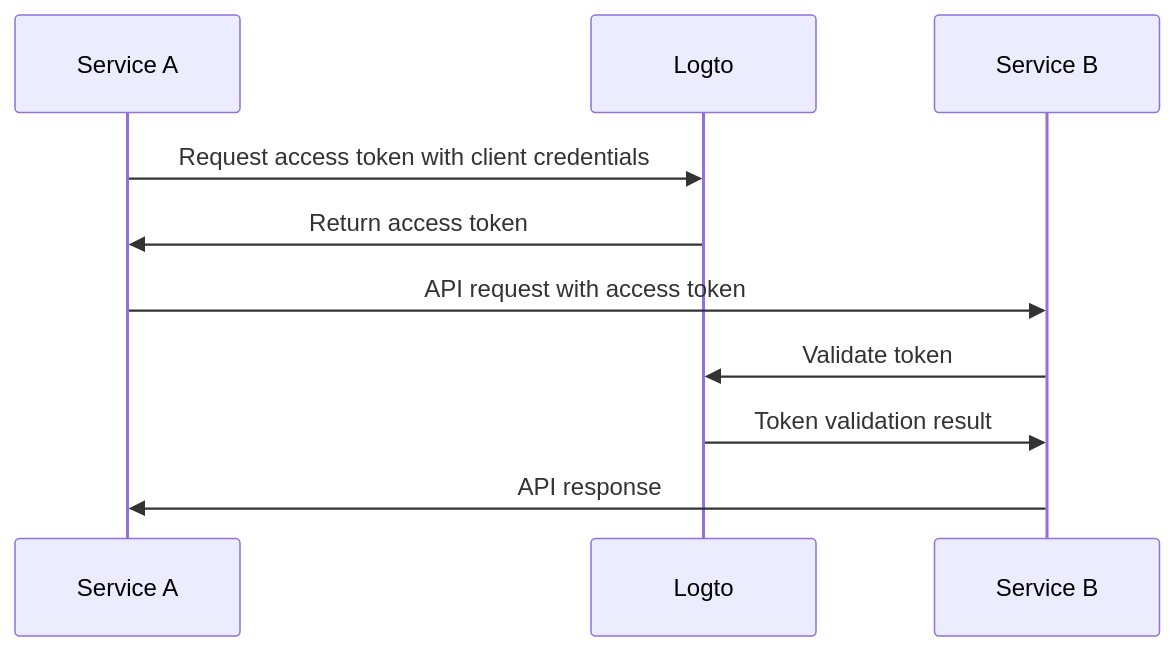
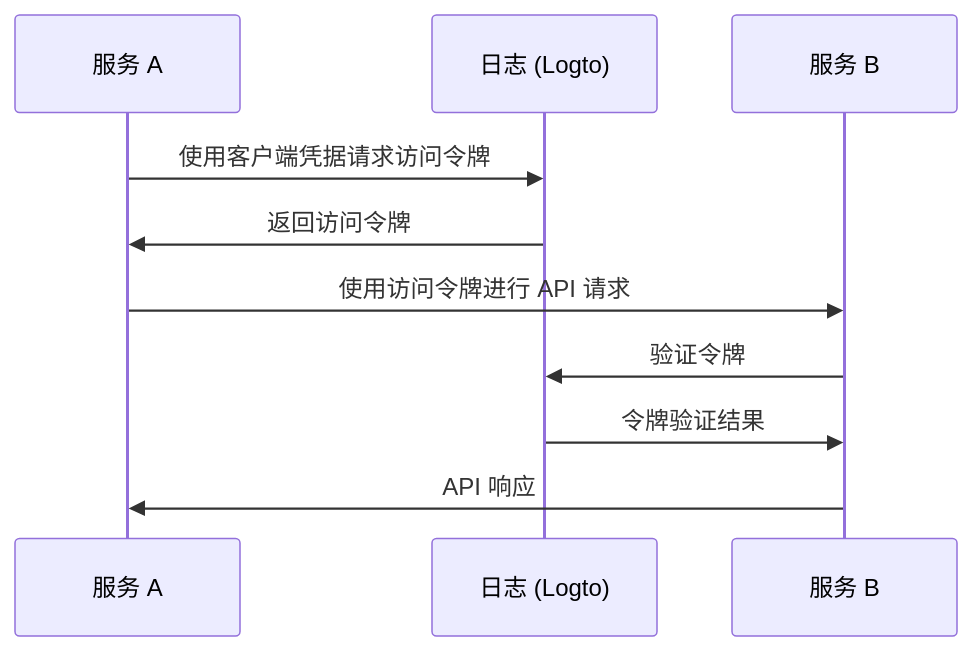
Before and after one commit to logto-io/docs: the second of 2 diagrams in i18n/zh-CN/docusaurus-plugin-content-docs/current/integrate-logto/integrate-logto-into-your-application/understand-authentication-flow.mdx, drawn with Mermaid. The commit also changed other lines of this file and 449 other files, not shown here.

````diff
--- a/i18n/zh-CN/docusaurus-plugin-content-docs/current/integrate-logto/integrate-logto-into-your-application/understand-authentication-flow.mdx
+++ b/i18n/zh-CN/docusaurus-plugin-content-docs/current/integrate-logto/integrate-logto-into-your-application/understand-authentication-flow.mdx
@@ -37,13 +37,13 @@
 ```mermaid
 sequenceDiagram
-    participant Service A
-    participant Logto
-    participant Service B
+    participant 服务 A
+    participant 日志 (Logto)
+    participant 服务 B
 
-    Service A->>Logto: Request access token with client credentials
-    Logto->>Service A: Return access token
-    Service A->>Service B: API request with access token
-    Service B->>Logto: Validate token
-    Logto->>Service B: Token validation result
-    Service B->>Service A: API response
+    服务 A->>日志 (Logto): 使用客户端凭据请求访问令牌
+    日志 (Logto)->>服务 A: 返回访问令牌
+    服务 A->>服务 B: 使用访问令牌进行 API 请求
+    服务 B->>日志 (Logto): 验证令牌
+    日志 (Logto)->>服务 B: 令牌验证结果
+    服务 B->>服务 A: API 响应
 ```
````
